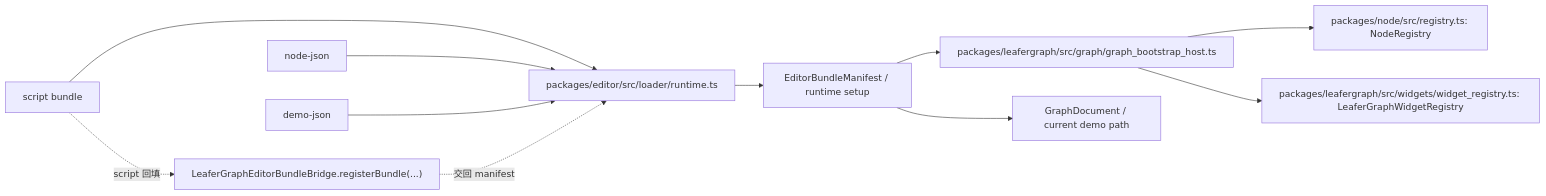
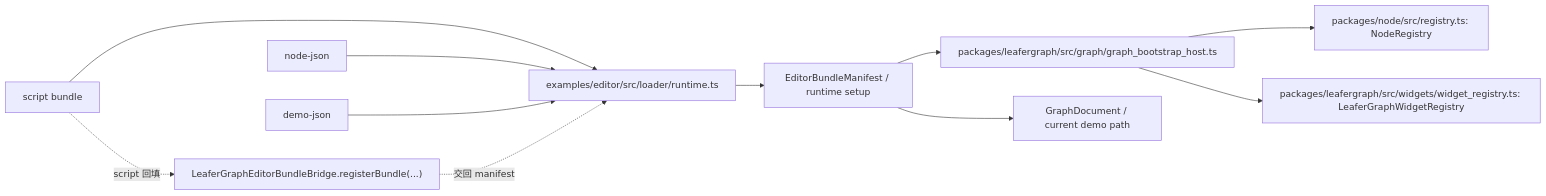
Before and after one commit to izumkineno/leafergraph: the diagram in docs/节点组件蓝图加载说明.md, drawn with Mermaid. The commit also changed other lines of this file and 255 other files, not shown here.

Commit message:
重构: 将 editor 迁移到 examples 目录

````diff
--- a/docs/节点组件蓝图加载说明.md
+++ b/docs/节点组件蓝图加载说明.md
@@ -301,16 +301,16 @@
 ```mermaid
 flowchart LR
-    script["script bundle"] --> loader["packages/editor/src/loader/runtime.ts"]
+    script["script bundle"] --> loader["examples/editor/src/loader/runtime.ts"]
     nodeJson["node-json"] --> loader
     demoJson["demo-json"] --> loader
 
     loader --> manifest["EditorBundleManifest / runtime setup"]
     script -. "script 回填" .-> bridge["LeaferGraphEditorBundleBridge.registerBundle(...)"]
     bridge -. "交回 manifest" .-> loader
 
     manifest --> bootstrap["packages/leafergraph/src/graph/graph_bootstrap_host.ts"]
     manifest --> documentPath["GraphDocument / current demo path"]
 
     bootstrap --> nodeRegistry["packages/node/src/registry.ts: NodeRegistry"]
     bootstrap --> widgetRegistry["packages/leafergraph/src/widgets/widget_registry.ts: LeaferGraphWidgetRegistry"]
 ```
````
